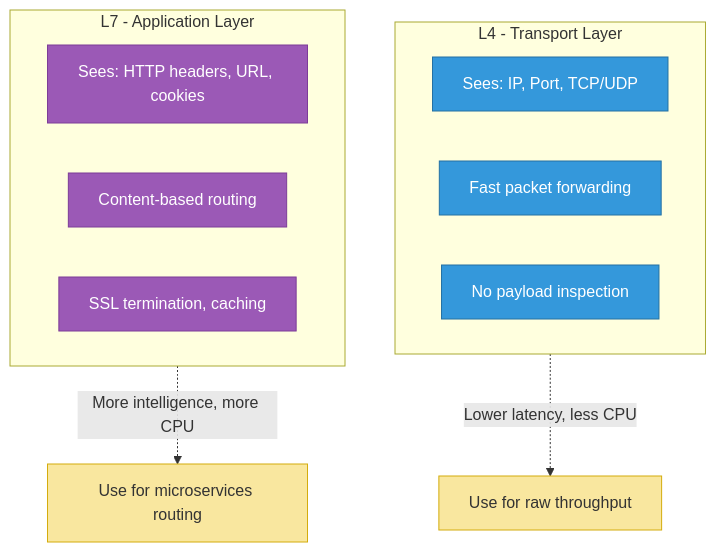
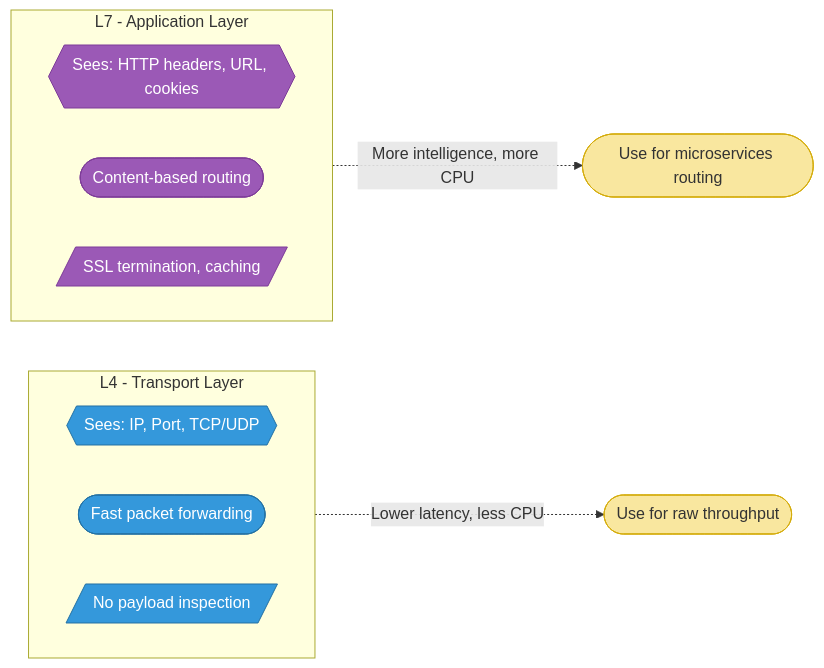
One commit to saivamsikaruturi/vamsilabs-dev-notes-main changed the second of 6 diagrams in docs/loadbalancer.md. Above: the diagram before and after it, drawn with Mermaid. The commit also changed other lines of this file and 146 other files, not shown here.

Commit message:
Horizontal diagrams, UML class diagrams, typography overhaul, and permalink cleanup

````diff
--- a/docs/loadbalancer.md
+++ b/docs/loadbalancer.md
@@ -38,23 +38,23 @@
 ```mermaid
-flowchart TB
+flowchart LR
     classDef l4Style fill:#3498DB,stroke:#2471A3,color:#fff
     classDef l7Style fill:#9B59B6,stroke:#7D3C98,color:#fff
     classDef noteStyle fill:#F9E79F,stroke:#D4AC0D,color:#333
 
     subgraph L4["L4 - Transport Layer"]
         direction LR
-        A1[Sees: IP, Port, TCP/UDP]:::l4Style
-        A2[Fast packet forwarding]:::l4Style
-        A3[No payload inspection]:::l4Style
+        A1{{"Sees: IP, Port, TCP/UDP"}}:::l4Style
+        A2(["Fast packet forwarding"]):::l4Style
+        A3[/"No payload inspection"/]:::l4Style
     end
 
     subgraph L7["L7 - Application Layer"]
         direction LR
-        B1[Sees: HTTP headers, URL, cookies]:::l7Style
-        B2[Content-based routing]:::l7Style
-        B3[SSL termination, caching]:::l7Style
+        B1{{"Sees: HTTP headers, URL, cookies"}}:::l7Style
+        B2(["Content-based routing"]):::l7Style
+        B3[/"SSL termination, caching"/]:::l7Style
     end
 
-    L4 -.->|"Lower latency, less CPU"| N1[Use for raw throughput]:::noteStyle
-    L7 -.->|"More intelligence, more CPU"| N2[Use for microservices routing]:::noteStyle
+    L4 -.->|"Lower latency, less CPU"| N1(["Use for raw throughput"]):::noteStyle
+    L7 -.->|"More intelligence, more CPU"| N2(["Use for microservices routing"]):::noteStyle
 ```
````
